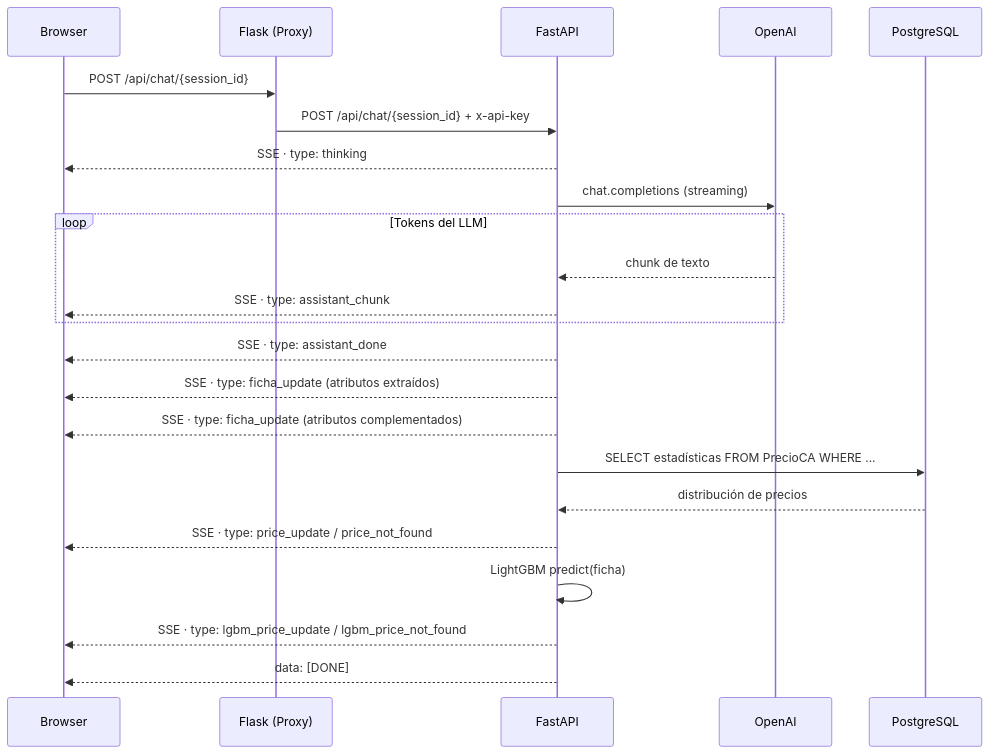
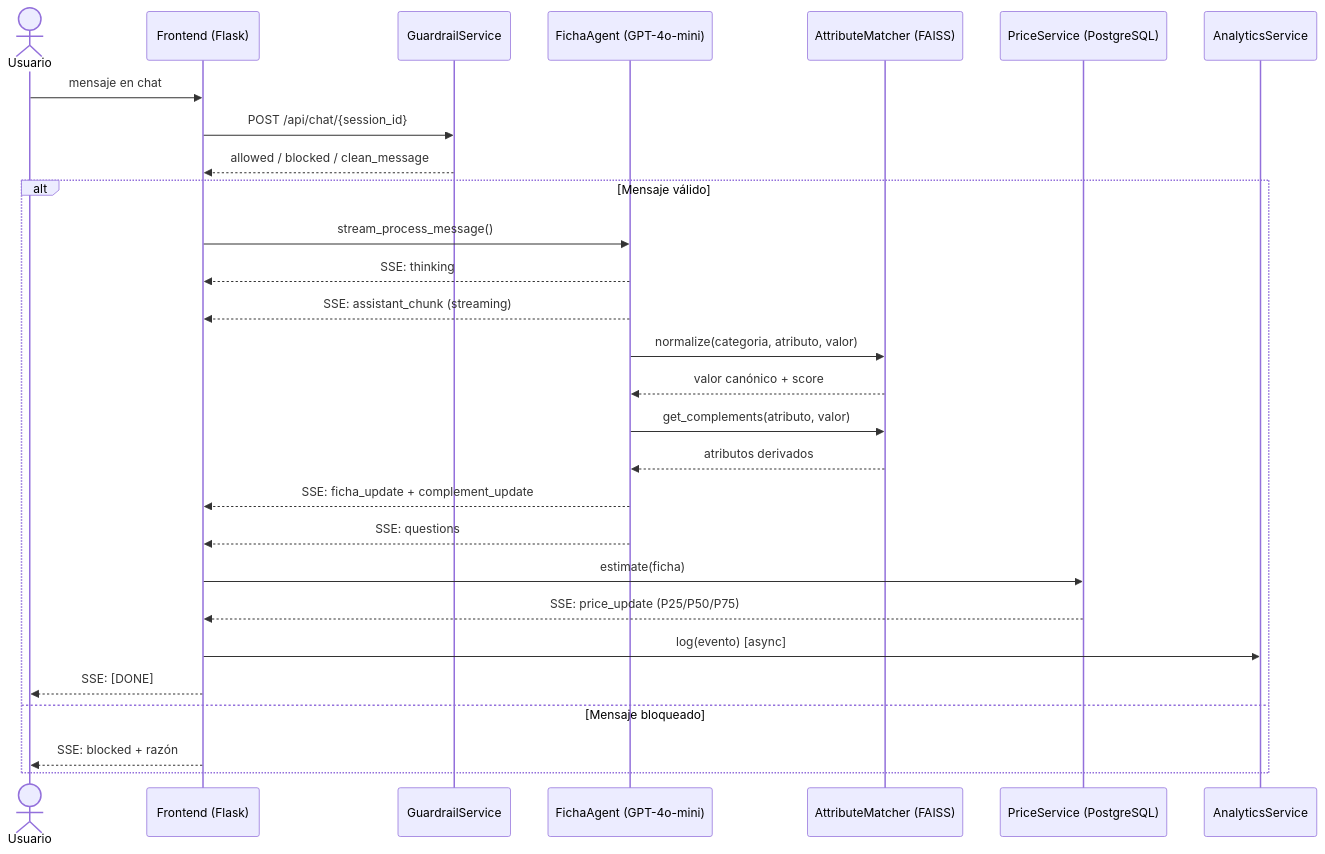
Before and after one commit to eduardomoyab/MVP1-AIChileCompra-backend: the second of 2 diagrams in README.md, drawn with Mermaid. The commit also changed other lines of this file and 1 other file, not shown here.

````diff
--- a/README.md
+++ b/README.md
@@ -60,26 +71,32 @@
 ```mermaid
 sequenceDiagram
-    participant B as Browser
-    participant F as Flask (Proxy)
-    participant A as FastAPI
-    participant O as OpenAI
-    participant P as PostgreSQL
+    actor U as Usuario
+    participant FE as Frontend (Flask)
+    participant GR as GuardrailService
+    participant AG as FichaAgent (GPT-4o-mini)
+    participant FM as AttributeMatcher (FAISS)
+    participant PS as PriceService (PostgreSQL)
+    participant AN as AnalyticsService
 
-    B->>F: POST /api/chat/{session_id}
-    F->>A: POST /api/chat/{session_id} + x-api-key
-    A-->>B: SSE · type: thinking
-    A->>O: chat.completions (streaming)
-    loop Tokens del LLM
-        O-->>A: chunk de texto
-        A-->>B: SSE · type: assistant_chunk
+    U->>FE: mensaje en chat
+    FE->>GR: POST /api/chat/{session_id}
+    GR-->>FE: allowed / blocked / clean_message
+
+    alt Mensaje válido
+        FE->>AG: stream_process_message()
+        AG-->>FE: SSE: thinking
+        AG-->>FE: SSE: assistant_chunk (streaming)
+        AG->>FM: normalize(categoria, atributo, valor)
+        FM-->>AG: valor canónico + score
+        AG->>FM: get_complements(atributo, valor)
+        FM-->>AG: atributos derivados
+        AG-->>FE: SSE: ficha_update + complement_update
+        AG-->>FE: SSE: questions
+        FE->>PS: estimate(ficha)
+        PS-->>FE: SSE: price_update (P25/P50/P75)
+        FE->>AN: log(evento) [async]
+        FE-->>U: SSE: [DONE]
+    else Mensaje bloqueado
+        FE-->>U: SSE: blocked + razón
     end
-    A-->>B: SSE · type: assistant_done
-    A-->>B: SSE · type: ficha_update (atributos extraídos)
-    A-->>B: SSE · type: ficha_update (atributos complementados)
-    A->>P: SELECT estadísticas FROM PrecioCA WHERE ...
-    P-->>A: distribución de precios
-    A-->>B: SSE · type: price_update / price_not_found
-    A->>A: LightGBM predict(ficha)
-    A-->>B: SSE · type: lgbm_price_update / lgbm_price_not_found
-    A-->>B: data: [DONE]
 ```
````
